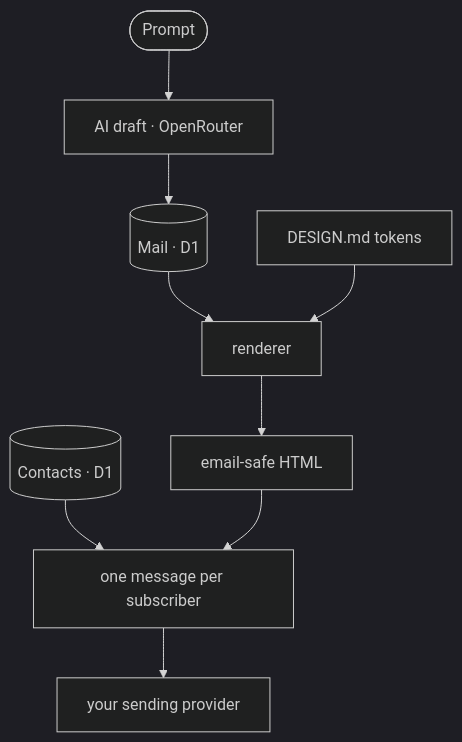
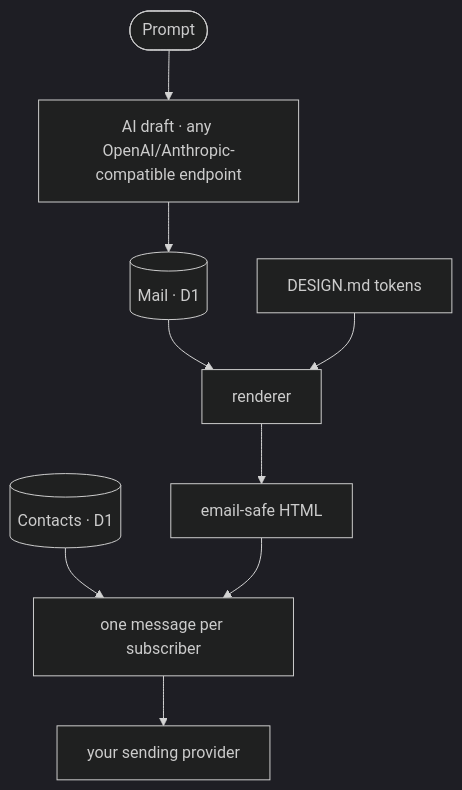
One commit to clawnify/OpenNewsletter changed the diagram in README.md. Above: the diagram before and after it, drawn with Mermaid (dark theme). The commit also changed other lines of this file and 2 other files, not shown here.

First line of the commit message:
Document the AI endpoint settings, and relax the manifest

````diff
--- a/README.md
+++ b/README.md
@@ -45,11 +45,11 @@
 ```mermaid
 flowchart TD
-    prompt(["Prompt"]) --> draft["AI draft · OpenRouter"]
+    prompt(["Prompt"]) --> draft["AI draft · any OpenAI/Anthropic-compatible endpoint"]
     draft --> mail[("Mail · D1")]
     mail --> renderer["renderer"]
     tokens["DESIGN.md tokens"] --> renderer
     renderer --> html["email-safe HTML"]
     contacts[("Contacts · D1")] --> send["one message per subscriber"]
     html --> send
     send --> provider["your sending provider"]
 ```
````
